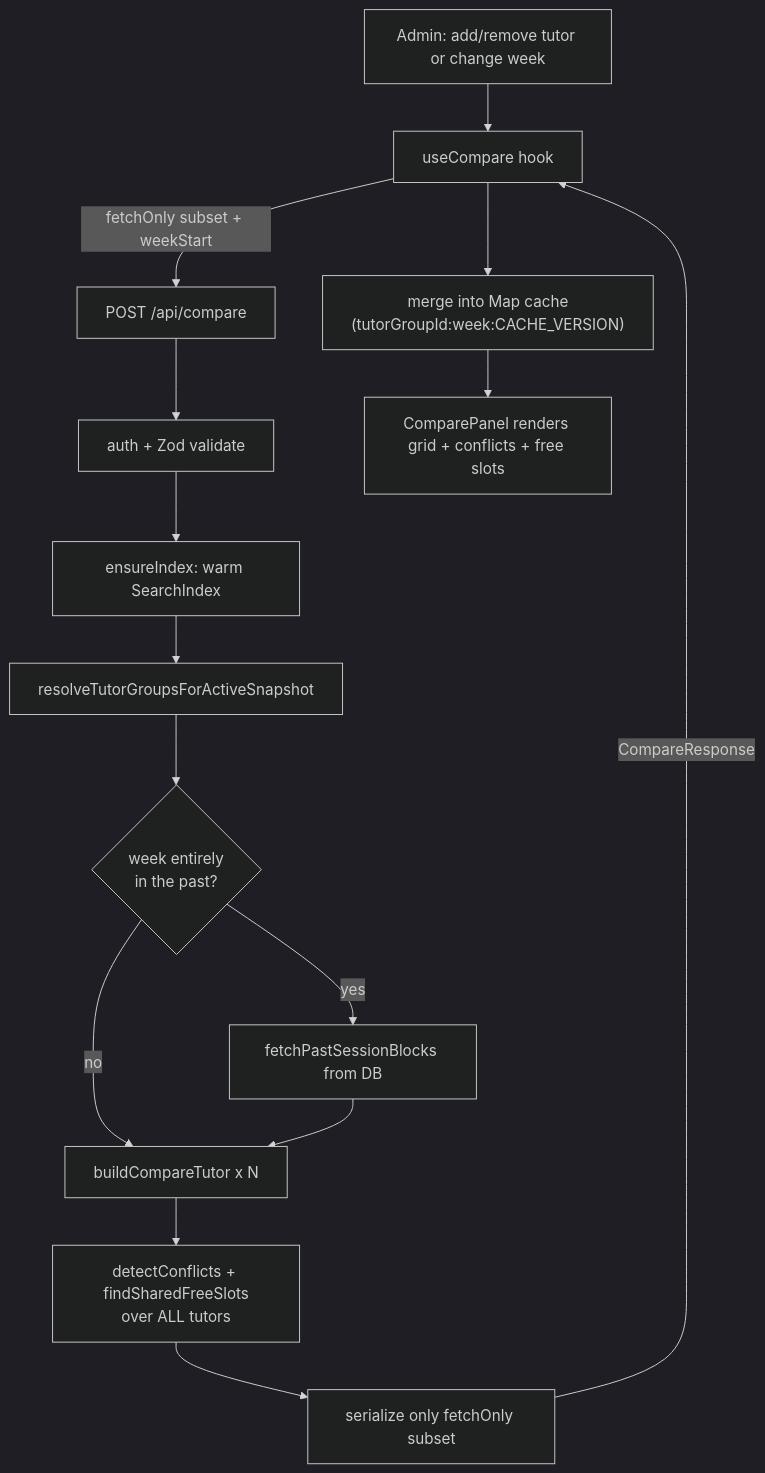
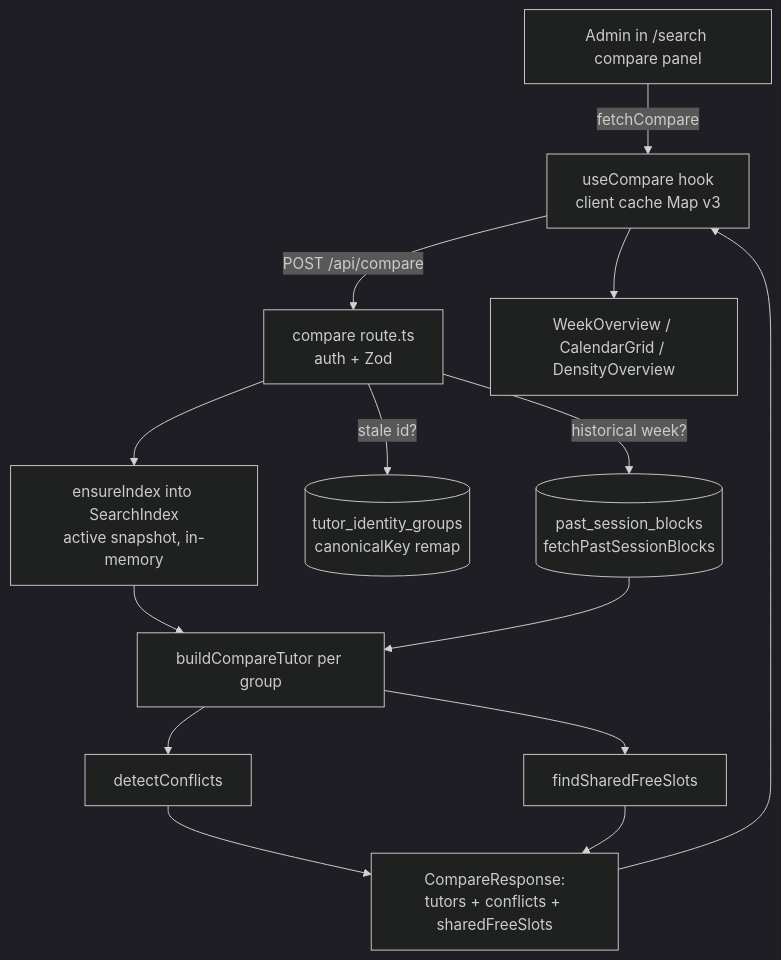
The diagram in docs/features/tutor-compare.md (kasheesh711/bgscheduler), drawn with Mermaid (dark theme) before and after one commit. The commit also changed other lines of this file and 63 other files, not shown here.

````diff
--- a/docs/features/tutor-compare.md
+++ b/docs/features/tutor-compare.md
@@ -71,17 +70,16 @@
 ```mermaid
 flowchart TD
-  U[Admin: add/remove tutor or change week] --> H[useCompare hook]
-  H -->|fetchOnly subset + weekStart| API["POST /api/compare"]
-  API --> AUTH[auth + Zod validate]
-  AUTH --> IDX[ensureIndex: warm SearchIndex]
-  IDX --> RES[resolveTutorGroupsForActiveSnapshot]
-  RES --> HIST{week entirely\nin the past?}
-  HIST -->|yes| PAST[fetchPastSessionBlocks from DB]
-  HIST -->|no| ENG
-  PAST --> ENG[buildCompareTutor x N]
-  ENG --> CF[detectConflicts + findSharedFreeSlots\nover ALL tutors]
-  CF --> SER[serialize only fetchOnly subset]
-  SER -->|CompareResponse| H
-  H --> CACHE["merge into Map cache\n(tutorGroupId:week:CACHE_VERSION)"]
-  CACHE --> UI[ComparePanel renders grid + conflicts + free slots]
+  U[Admin in /search compare panel] -->|fetchCompare| H[useCompare hook<br/>client cache Map v3]
+  H -->|POST /api/compare| R[compare route.ts<br/>auth + Zod]
+  R --> EI[ensureIndex into SearchIndex<br/>active snapshot, in-memory]
+  R -->|stale id?| TIG[(tutor_identity_groups<br/>canonicalKey remap)]
+  R -->|historical week?| PSB[(past_session_blocks<br/>fetchPastSessionBlocks)]
+  EI --> BCT[buildCompareTutor per group]
+  PSB --> BCT
+  BCT --> DC[detectConflicts]
+  BCT --> FFS[findSharedFreeSlots]
+  DC --> RESP[CompareResponse:<br/>tutors + conflicts + sharedFreeSlots]
+  FFS --> RESP
+  RESP --> H
+  H --> UI[WeekOverview / CalendarGrid / DensityOverview]
 ```
````
